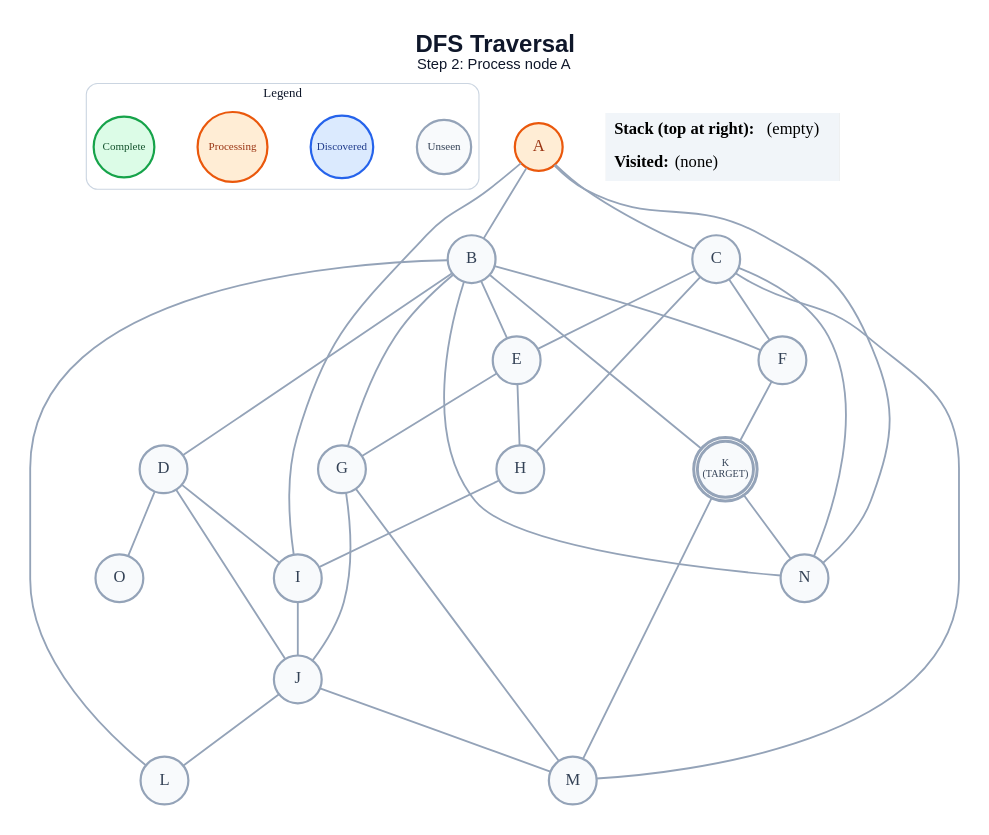
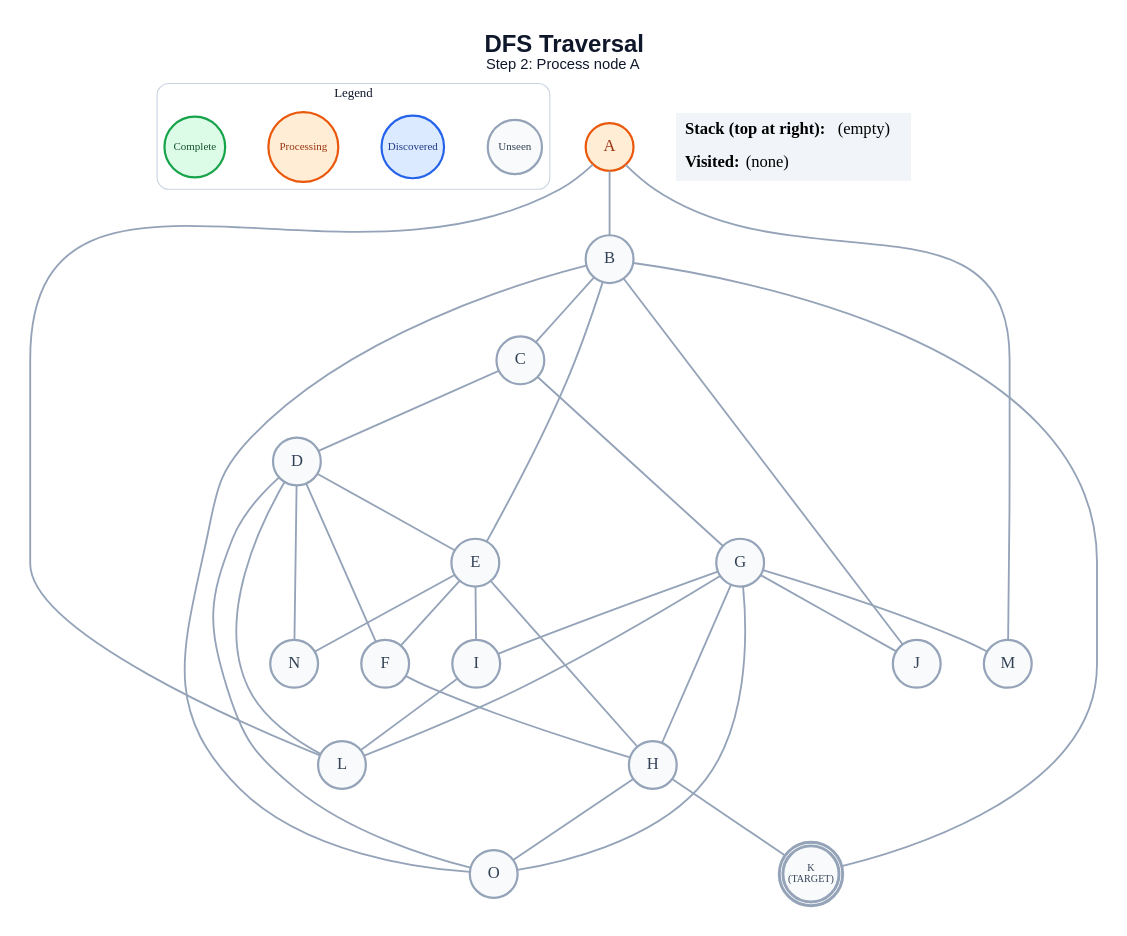
One commit to anon7238593-create/ai-slop changed the diagram in generated/dfs/step_02.dot. Above: the diagram before and after it, drawn with Graphviz. The commit also changed 229 other files, not shown here.

```diff
--- a/generated/dfs/step_02.dot
+++ b/generated/dfs/step_02.dot
@@ -1,64 +1,63 @@
 graph traversal {
   graph [layout=dot, rankdir=TB, bgcolor="#FFFFFF", pad="0.35", nodesep="0.65", ranksep="0.8", fontname="Arial"];
   node [shape=circle, style="filled", fontname="Arial Bold", fontsize=18, width=0.72, fixedsize=true, penwidth=2.4];
   edge [color="#94A3B8", penwidth=2.0];
   label=<<B>DFS Traversal</B><BR/><FONT POINT-SIZE="16">Step 2: Process node A</FONT>>; labelloc="t"; fontsize=26; fontname="Arial"; fontcolor="#0F172A";
   subgraph cluster_legend { label="Legend"; color="#CBD5E1"; penwidth=1.2; style="rounded"; fontsize=14; fontname="Arial Bold";
     key_unseen [label="Unseen", fillcolor="#F8FAFC", color="#94A3B8", fontcolor="#334155", fontsize=12, width=0.82];
     key_frontier [label="Discovered", fillcolor="#DBEAFE", color="#2563EB", fontcolor="#1E3A8A", fontsize=12, width=0.95];
     key_current [label="Processing", fillcolor="#FFEDD5", color="#EA580C", fontcolor="#9A3412", fontsize=12, width=1.05];
     key_done [label="Complete", fillcolor="#DCFCE7", color="#16A34A", fontcolor="#14532D", fontsize=12, width=0.92];
     { rank=same; key_unseen; key_frontier; key_current; key_done; }
   }
   A [label="A", fillcolor="#FFEDD5", color="#EA580C", fontcolor="#9A3412", peripheries=1, penwidth=2.4];
   B [label="B", fillcolor="#F8FAFC", color="#94A3B8", fontcolor="#334155", peripheries=1, penwidth=2.4];
   C [label="C", fillcolor="#F8FAFC", color="#94A3B8", fontcolor="#334155", peripheries=1, penwidth=2.4];
   D [label="D", fillcolor="#F8FAFC", color="#94A3B8", fontcolor="#334155", peripheries=1, penwidth=2.4];
   E [label="E", fillcolor="#F8FAFC", color="#94A3B8", fontcolor="#334155", peripheries=1, penwidth=2.4];
   F [label="F", fillcolor="#F8FAFC", color="#94A3B8", fontcolor="#334155", peripheries=1, penwidth=2.4];
   G [label="G", fillcolor="#F8FAFC", color="#94A3B8", fontcolor="#334155", peripheries=1, penwidth=2.4];
   H [label="H", fillcolor="#F8FAFC", color="#94A3B8", fontcolor="#334155", peripheries=1, penwidth=2.4];
   I [label="I", fillcolor="#F8FAFC", color="#94A3B8", fontcolor="#334155", peripheries=1, penwidth=2.4];
   J [label="J", fillcolor="#F8FAFC", color="#94A3B8", fontcolor="#334155", peripheries=1, penwidth=2.4];
   K [label="K\n(TARGET)", fillcolor="#F8FAFC", color="#94A3B8", fontcolor="#334155", peripheries=2, penwidth=3.2, fontsize=11, width=0.85, height=0.85];
   L [label="L", fillcolor="#F8FAFC", color="#94A3B8", fontcolor="#334155", peripheries=1, penwidth=2.4];
   M [label="M", fillcolor="#F8FAFC", color="#94A3B8", fontcolor="#334155", peripheries=1, penwidth=2.4];
   N [label="N", fillcolor="#F8FAFC", color="#94A3B8", fontcolor="#334155", peripheries=1, penwidth=2.4];
   O [label="O", fillcolor="#F8FAFC", color="#94A3B8", fontcolor="#334155", peripheries=1, penwidth=2.4];
   A -- B;
-  A -- C;
-  A -- I;
-  A -- N;
-  B -- D;
+  A -- L;
+  A -- M;
+  B -- C;
   B -- E;
-  B -- F;
-  B -- G;
+  B -- J;
   B -- K;
-  B -- L;
-  B -- N;
-  C -- E;
-  C -- F;
-  C -- H;
-  C -- M;
-  C -- N;
-  D -- I;
-  D -- J;
+  B -- O;
+  C -- D;
+  C -- G;
+  D -- E;
+  D -- F;
+  D -- L;
+  D -- N;
   D -- O;
-  E -- G;
+  E -- F;
   E -- H;
-  F -- K;
+  E -- I;
+  E -- N;
+  F -- H;
+  G -- H;
+  G -- I;
   G -- J;
+  G -- L;
   G -- M;
-  H -- I;
-  I -- J;
-  J -- L;
-  J -- M;
-  K -- M;
-  K -- N;
+  G -- O;
+  H -- K;
+  H -- O;
+  I -- L;
   status [shape=plain, fixedsize=false, width=0, height=0, margin=0, label=<
     <TABLE BORDER="0" CELLBORDER="0" CELLPADDING="7" BGCOLOR="#F1F5F9">
       <TR><TD ALIGN="LEFT"><B>Stack (top at right):</B> (empty)</TD></TR>
       <TR><TD ALIGN="LEFT"><B>Visited:</B> (none)</TD></TR>
     </TABLE>
   >];
 }
```
